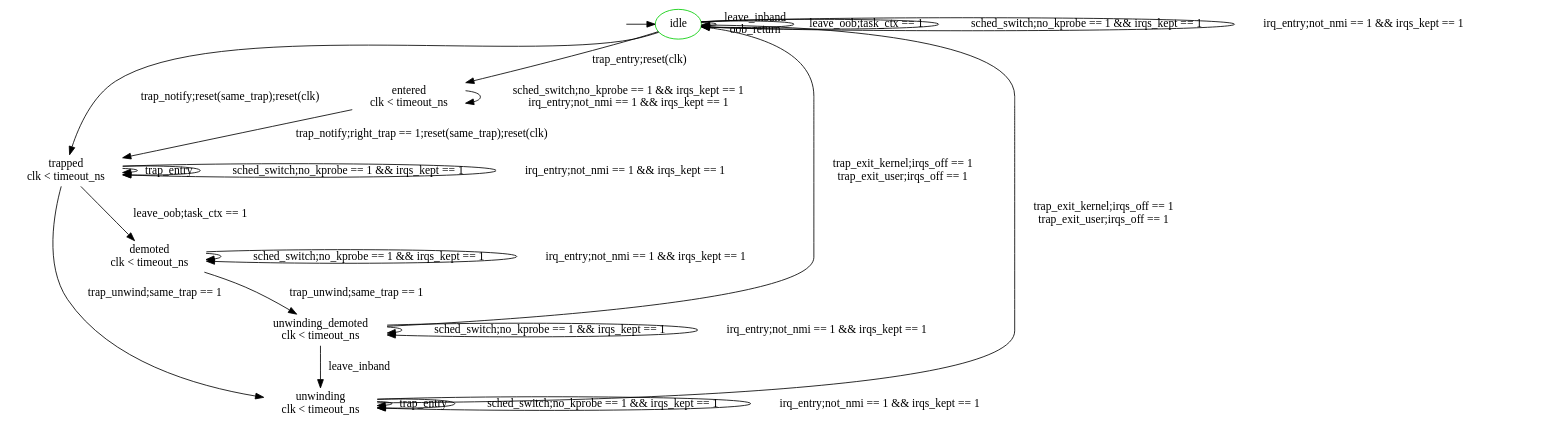
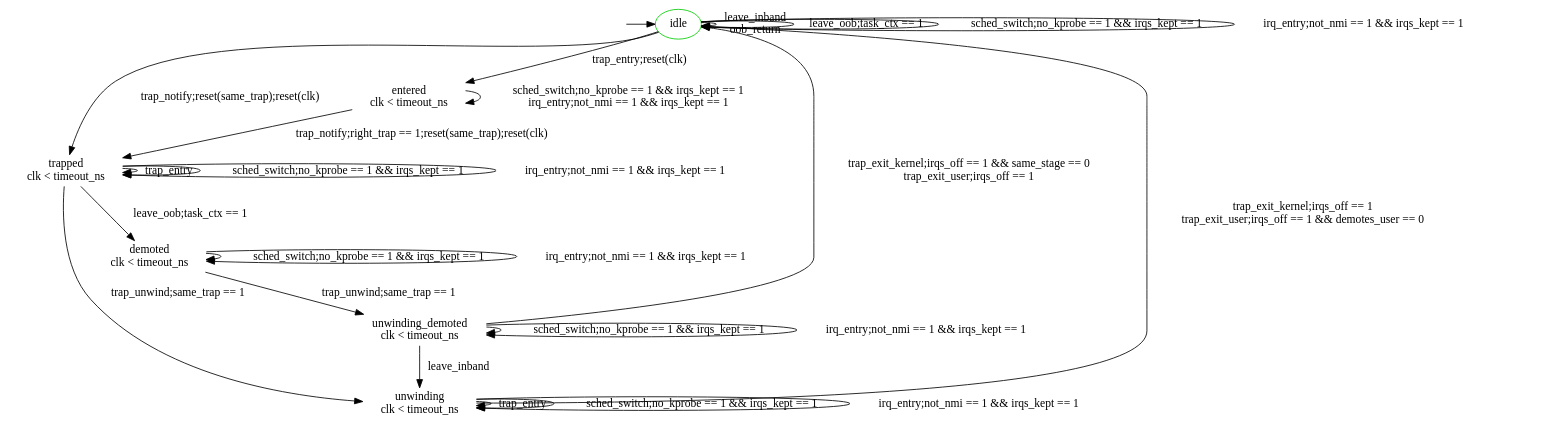
The diagram in tools/verification/models/oob_trap.dot (TobiasSchaffner/linux), drawn with Graphviz before and after one commit. The commit also changed 4 other files, not shown here.

```diff
--- a/tools/verification/models/oob_trap.dot
+++ b/tools/verification/models/oob_trap.dot
@@ -1,44 +1,44 @@
 digraph state_automaton {
 	{node [shape = plaintext, style=invis, label=""] "__init_idle"};
 	{node [shape = ellipse] "idle"};
 	{node [shape = plaintext] "trapped"};
 	{node [shape = plaintext] "demoted"};
 	{node [shape = plaintext] "unwinding"};
 	{node [shape = plaintext] "unwinding_demoted"};
 	{node [shape = plaintext] "entered"};
 	"__init_idle" -> "idle";
 	"idle" [label = "idle", color = green3];
 	"trapped" [label = "trapped\nclk < timeout_ns"];
 	"demoted" [label = "demoted\nclk < timeout_ns"];
 	"unwinding" [label = "unwinding\nclk < timeout_ns"];
 	"unwinding_demoted" [label = "unwinding_demoted\nclk < timeout_ns"];
 	"entered" [label = "entered\nclk < timeout_ns"];
 	"idle" -> "entered" [ label = "trap_entry;reset(clk)" ];
 	"entered" -> "trapped" [ label = "trap_notify;right_trap == 1;reset(same_trap);reset(clk)" ];
 	"trapped" -> "trapped" [ label = "trap_entry" ];
 	"unwinding" -> "unwinding" [ label = "trap_entry" ];
 	"entered" -> "entered" [ label = "sched_switch;no_kprobe == 1 && irqs_kept == 1\nirq_entry;not_nmi == 1 && irqs_kept == 1" ];
 	"idle" -> "trapped" [ label = "trap_notify;reset(same_trap);reset(clk)" ];
 	"trapped" -> "demoted" [ label = "leave_oob;task_ctx == 1" ];
 	"trapped" -> "unwinding" [ label = "trap_unwind;same_trap == 1" ];
 	"demoted" -> "unwinding_demoted" [ label = "trap_unwind;same_trap == 1" ];
 	"unwinding_demoted" -> "unwinding" [ label = "leave_inband" ];
-	"unwinding" -> "idle" [ label = "trap_exit_kernel;irqs_off == 1\ntrap_exit_user;irqs_off == 1" ];
-	"unwinding_demoted" -> "idle" [ label = "trap_exit_kernel;irqs_off == 1\ntrap_exit_user;irqs_off == 1" ];
+	"unwinding" -> "idle" [ label = "trap_exit_kernel;irqs_off == 1\ntrap_exit_user;irqs_off == 1 && demotes_user == 0" ];
+	"unwinding_demoted" -> "idle" [ label = "trap_exit_kernel;irqs_off == 1 && same_stage == 0\ntrap_exit_user;irqs_off == 1" ];
 	"idle" -> "idle" [ label = "leave_inband\noob_return" ];
 	"idle" -> "idle" [ label = "leave_oob;task_ctx == 1" ];
 	"idle" -> "idle" [ label = "sched_switch;no_kprobe == 1 && irqs_kept == 1" ];
 	"trapped" -> "trapped" [ label = "sched_switch;no_kprobe == 1 && irqs_kept == 1" ];
 	"demoted" -> "demoted" [ label = "sched_switch;no_kprobe == 1 && irqs_kept == 1" ];
 	"unwinding" -> "unwinding" [ label = "sched_switch;no_kprobe == 1 && irqs_kept == 1" ];
 	"unwinding_demoted" -> "unwinding_demoted" [ label = "sched_switch;no_kprobe == 1 && irqs_kept == 1" ];
 	"idle" -> "idle" [ label = "irq_entry;not_nmi == 1 && irqs_kept == 1" ];
 	"trapped" -> "trapped" [ label = "irq_entry;not_nmi == 1 && irqs_kept == 1" ];
 	"demoted" -> "demoted" [ label = "irq_entry;not_nmi == 1 && irqs_kept == 1" ];
 	"unwinding" -> "unwinding" [ label = "irq_entry;not_nmi == 1 && irqs_kept == 1" ];
 	"unwinding_demoted" -> "unwinding_demoted" [ label = "irq_entry;not_nmi == 1 && irqs_kept == 1" ];
 	{ rank = min ;
 		"__init_idle";
 		"idle";
 	}
 }
```
